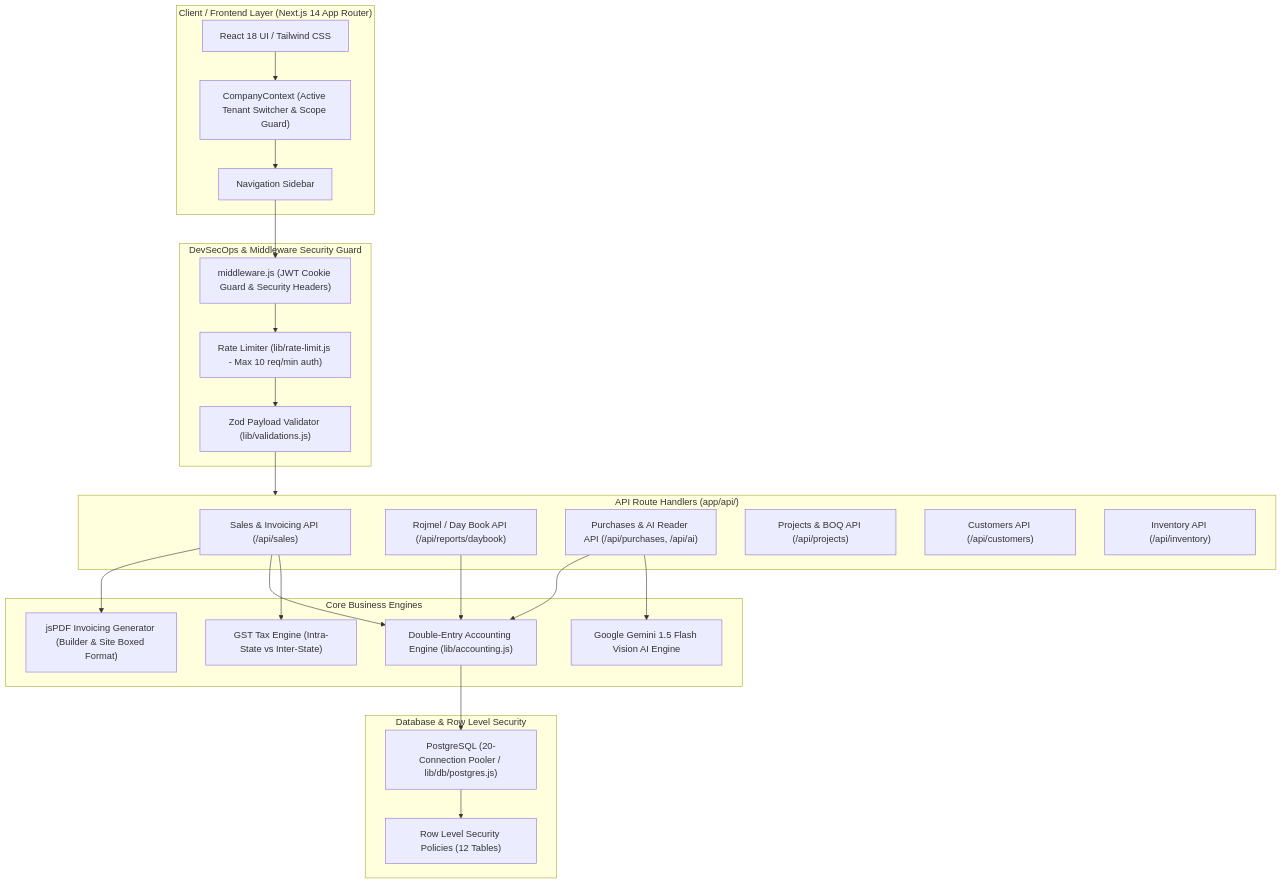
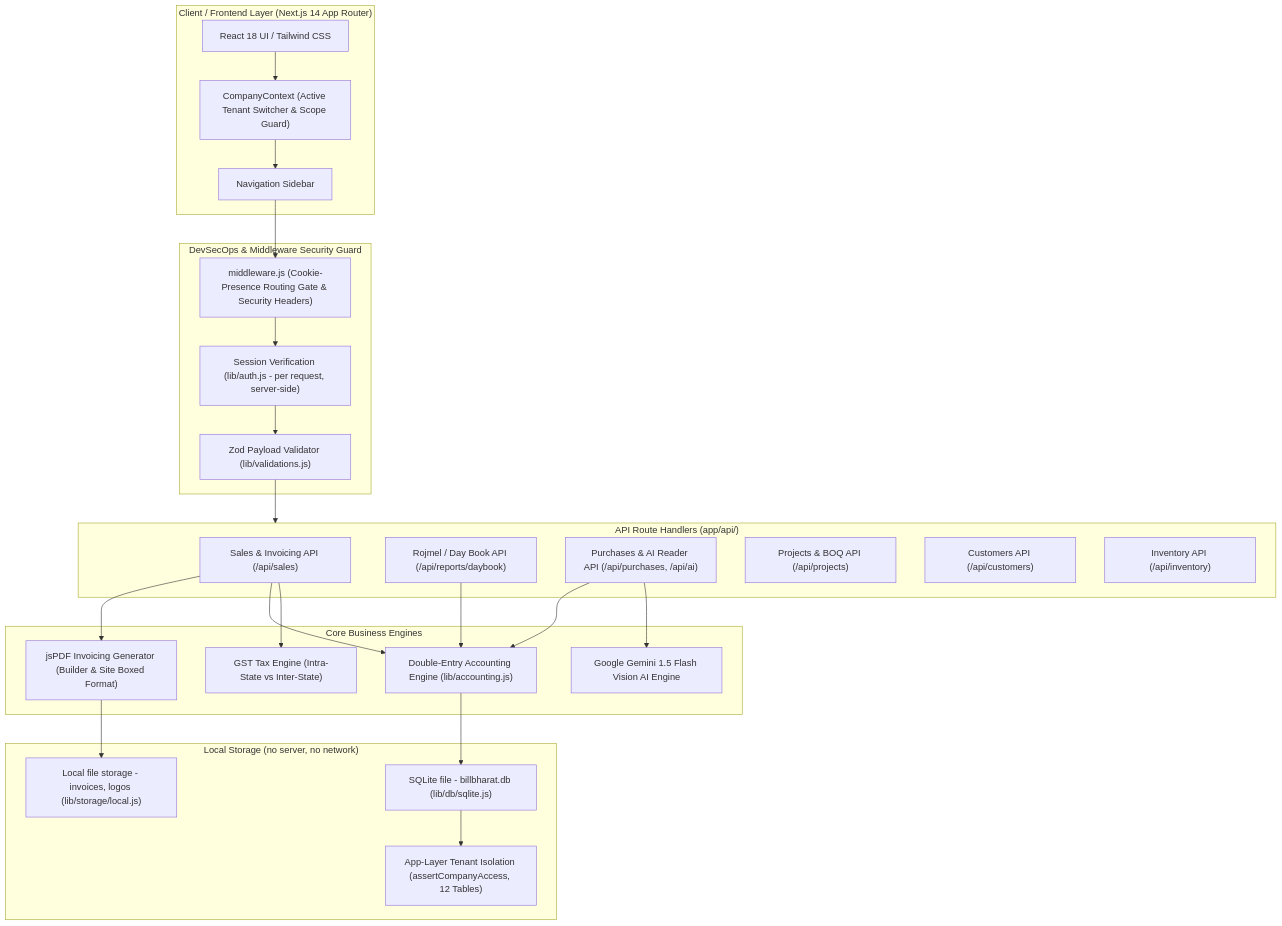
The first of 6 diagrams in BILLBHARAT_MASTER_CONTEXT.md (Jay-patel15/Bill-Bharat), drawn with Mermaid before and after one commit. The commit also changed other lines of this file and 39 other files, not shown here.

Commit message:
Packaging: Complete offline Windows desktop app (.exe) build with SQLite & Electron

````diff
--- a/BILLBHARAT_MASTER_CONTEXT.md
+++ b/BILLBHARAT_MASTER_CONTEXT.md
@@ -47,52 +47,54 @@
 ```mermaid
 flowchart TD
     subgraph Client["Client / Frontend Layer (Next.js 14 App Router)"]
         UI["React 18 UI / Tailwind CSS"]
         Ctx["CompanyContext (Active Tenant Switcher & Scope Guard)"]
         Nav["Navigation Sidebar"]
     end
 
     subgraph Security["DevSecOps & Middleware Security Guard"]
-        MW["middleware.js (JWT Cookie Guard & Security Headers)"]
-        RL["Rate Limiter (lib/rate-limit.js - Max 10 req/min auth)"]
+        MW["middleware.js (Cookie-Presence Routing Gate & Security Headers)"]
+        Auth["Session Verification (lib/auth.js - per request, server-side)"]
         Zod["Zod Payload Validator (lib/validations.js)"]
     end
 
     subgraph API["API Route Handlers (app/api/)"]
         SalesAPI["Sales & Invoicing API (/api/sales)"]
         DayBookAPI["Rojmel / Day Book API (/api/reports/daybook)"]
         PurchasesAPI["Purchases & AI Reader API (/api/purchases, /api/ai)"]
         ProjectsAPI["Projects & BOQ API (/api/projects)"]
         CustomersAPI["Customers API (/api/customers)"]
         InventoryAPI["Inventory API (/api/inventory)"]
     end
 
     subgraph Core["Core Business Engines"]
         GSTEngine["GST Tax Engine (Intra-State vs Inter-State)"]
         AccountingEngine["Double-Entry Accounting Engine (lib/accounting.js)"]
         GeminiAI["Google Gemini 1.5 Flash Vision AI Engine"]
         PDFGen["jsPDF Invoicing Generator (Builder & Site Boxed Format)"]
     end
 
-    subgraph Database["Database & Row Level Security"]
-        PG["PostgreSQL (20-Connection Pooler / lib/db/postgres.js)"]
-        RLS["Row Level Security Policies (12 Tables)"]
+    subgraph Database["Local Storage (no server, no network)"]
+        SQLite["SQLite file - billbharat.db (lib/db/sqlite.js)"]
+        Files["Local file storage - invoices, logos (lib/storage/local.js)"]
+        Tenant["App-Layer Tenant Isolation (assertCompanyAccess, 12 Tables)"]
     end
 
     UI --> Ctx
     Ctx --> Nav
     Nav --> MW
-    MW --> RL
-    RL --> Zod
+    MW --> Auth
+    Auth --> Zod
     Zod --> API
 
     SalesAPI --> GSTEngine
     SalesAPI --> AccountingEngine
     SalesAPI --> PDFGen
     DayBookAPI --> AccountingEngine
     PurchasesAPI --> GeminiAI
     PurchasesAPI --> AccountingEngine
 
-    AccountingEngine --> PG
-    PG --> RLS
+    AccountingEngine --> SQLite
+    SQLite --> Tenant
+    PDFGen --> Files
 ```
````
